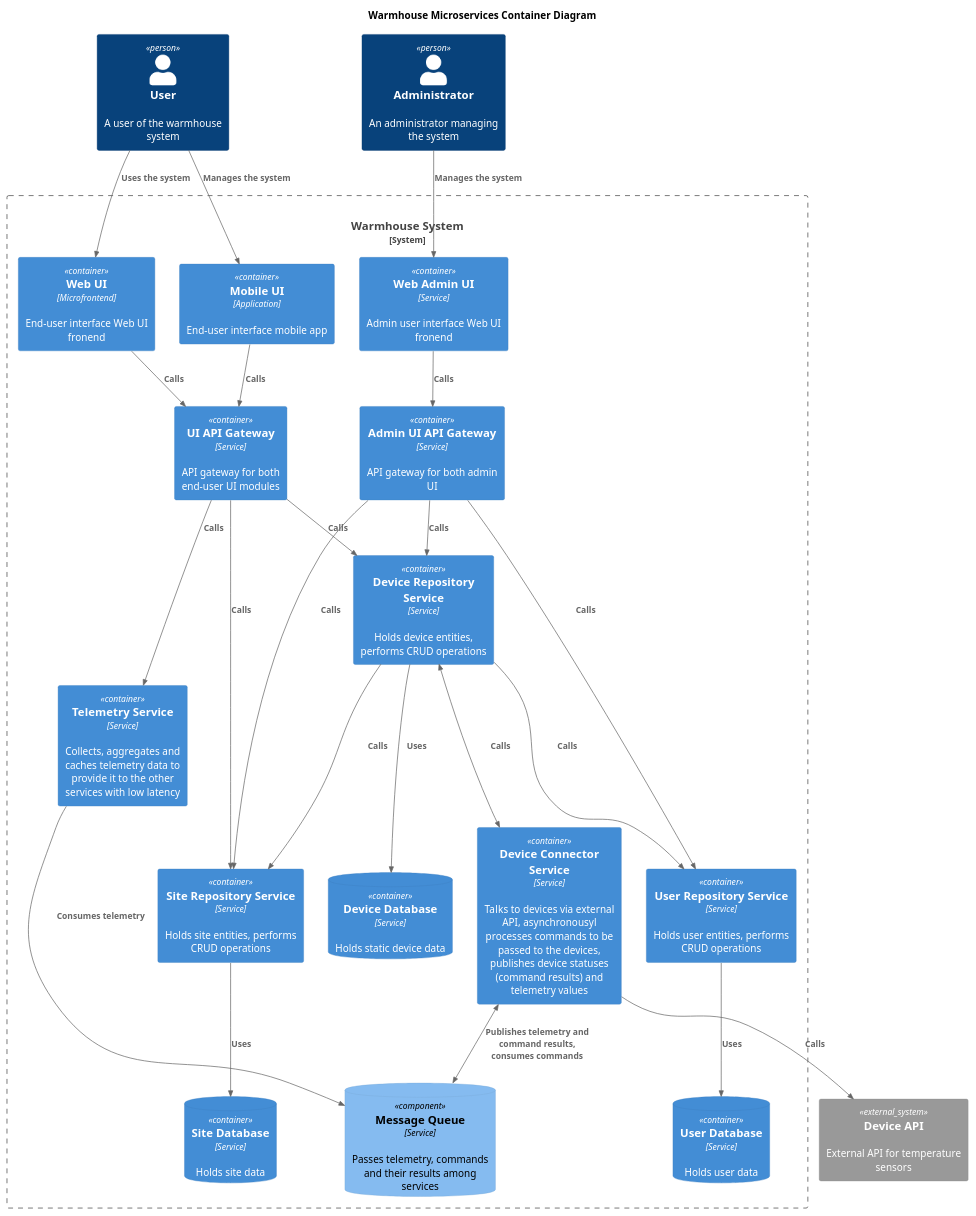
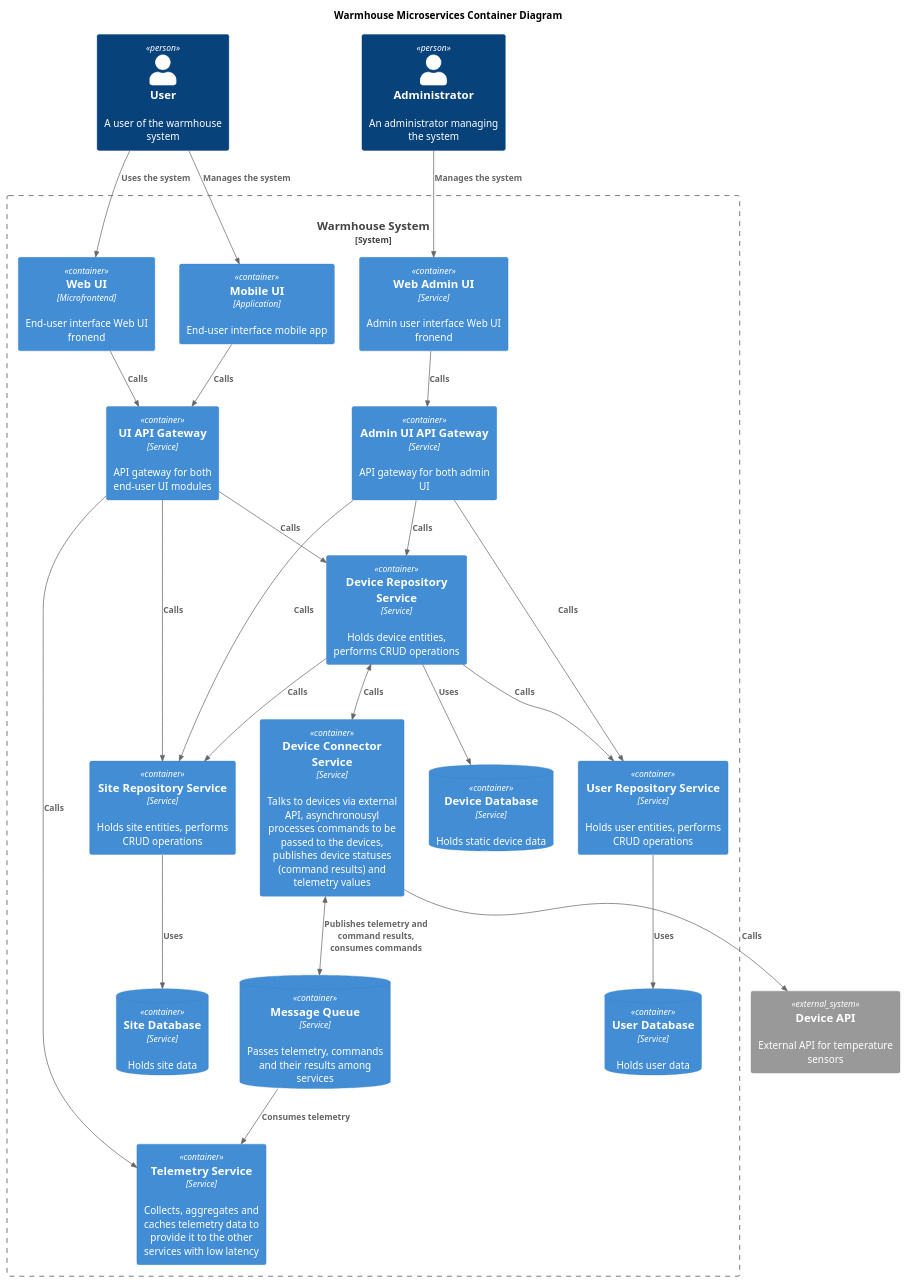
One commit to El-76/architect-warmhouse changed the diagram in schemas/MicroservicesContainer.puml. Above: the diagram before and after it, drawn with PlantUML. The commit also changed 6 other files, not shown here.

```diff
--- a/schemas/MicroservicesContainer.puml
+++ b/schemas/MicroservicesContainer.puml
@@ -1,51 +1,51 @@
 @startuml Microservices
 
 title Warmhouse Microservices Container Diagram
 
 !include <C4/C4_Component>
 
 Person(User, "User", "A user of the warmhouse system")
 Person(Admin, "Administrator", "An administrator managing the system")
 
 System_Boundary(WarmhouseSystem, "Warmhouse System", "System managing, issuing commands to and collecting data from temperature sensors") {
     Container(WebUI, "Web UI", "Microfrontend", "End-user interface Web UI fronend")
     Container(MobileUI, "Mobile UI", "Application", "End-user interface mobile app")
     Container(UIAPIGateway, "UI API Gateway", "Service", "API gateway for both end-user UI modules")
     Container(WebAdminUI, "Web Admin UI", "Service", "Admin user interface Web UI fronend")
     Container(AdminUIAPIGateway, "Admin UI API Gateway", "Service", "API gateway for both admin UI")
     Container(DeviceRepositoryService, "Device Repository Service", "Service", "Holds device entities, performs CRUD operations")
     ContainerDb(DeviceRepositoryDatabase, "Device Database", "Service", "Holds static device data")
     Container(DeviceConnectorService, "Device Connector Service", "Service", "Talks to devices via external API, asynchronousyl processes commands to be passed to the devices, publishes device statuses (command results) and telemetry values")
     Container(TelemetryService, "Telemetry Service", "Service", "Collects, aggregates and caches telemetry data to provide it to the other services with low latency")
     Container(SiteRepositoryService, "Site Repository Service", "Service", "Holds site entities, performs CRUD operations")
     ContainerDb(SiteRepositoryDatabase, "Site Database", "Service", "Holds site data")
     Container(UserRepositoryService, "User Repository Service", "Service", "Holds user entities, performs CRUD operations")
     ContainerDb(UserRepositoryDatabase, "User Database", "Service", "Holds user data")
-    ComponentDb(MessageQueuee, "Message Queue", "Service", "Passes telemetry, commands and their results among services")
+    ContainerDb(MessageQueuee, "Message Queue", "Service", "Passes telemetry, commands and their results among services")
 }
 
 System_Ext(DeviceAPI, "Device API", "External API for temperature sensors")
 
 Rel(User, WebUI, "Uses the system")
 Rel(User, MobileUI, "Manages the system")
 Rel(Admin, WebAdminUI, "Manages the system")
 Rel(WebUI, UIAPIGateway, "Calls")
 Rel(MobileUI, UIAPIGateway, "Calls")
 Rel(UIAPIGateway, DeviceRepositoryService, "Calls")
 Rel(UIAPIGateway, TelemetryService, "Calls")
 Rel(DeviceRepositoryService, DeviceRepositoryDatabase, "Uses")
 Rel(UIAPIGateway, SiteRepositoryService, "Calls")
 Rel(SiteRepositoryService, SiteRepositoryDatabase, "Uses")
 Rel(DeviceRepositoryService, SiteRepositoryService, "Calls")
 BiRel(DeviceRepositoryService, DeviceConnectorService, "Calls")
 Rel(DeviceRepositoryService, UserRepositoryService, "Calls")
 Rel(DeviceConnectorService, DeviceAPI, "Calls")
 Rel(UserRepositoryService, UserRepositoryDatabase, "Uses")
 Rel(WebAdminUI, AdminUIAPIGateway, "Calls")
 Rel(AdminUIAPIGateway, DeviceRepositoryService, "Calls")
 Rel(AdminUIAPIGateway, UserRepositoryService, "Calls")
 Rel(AdminUIAPIGateway, SiteRepositoryService, "Calls")
-Rel(TelemetryService, MessageQueuee, "Consumes telemetry")
+Rel(MessageQueuee, TelemetryService, "Consumes telemetry")
 BiRel(DeviceConnectorService, MessageQueuee, "Publishes telemetry and command results, consumes commands")
 
 @enduml
```
